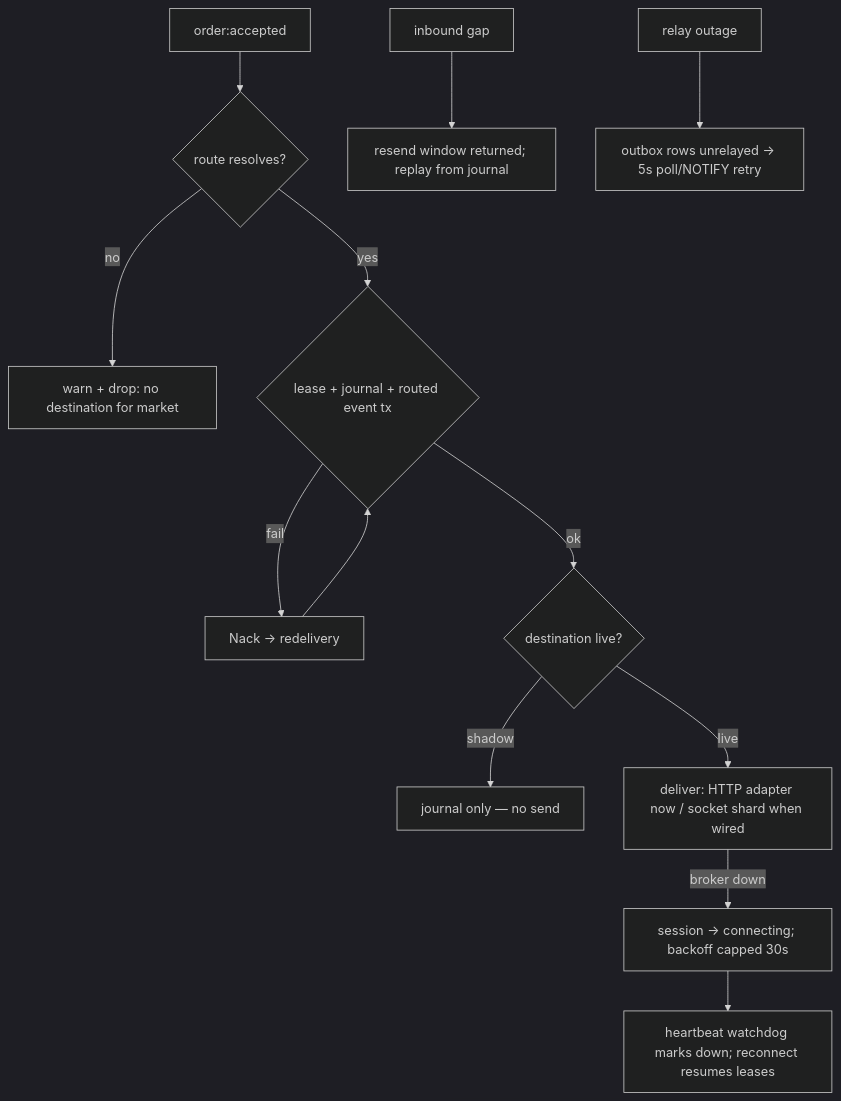
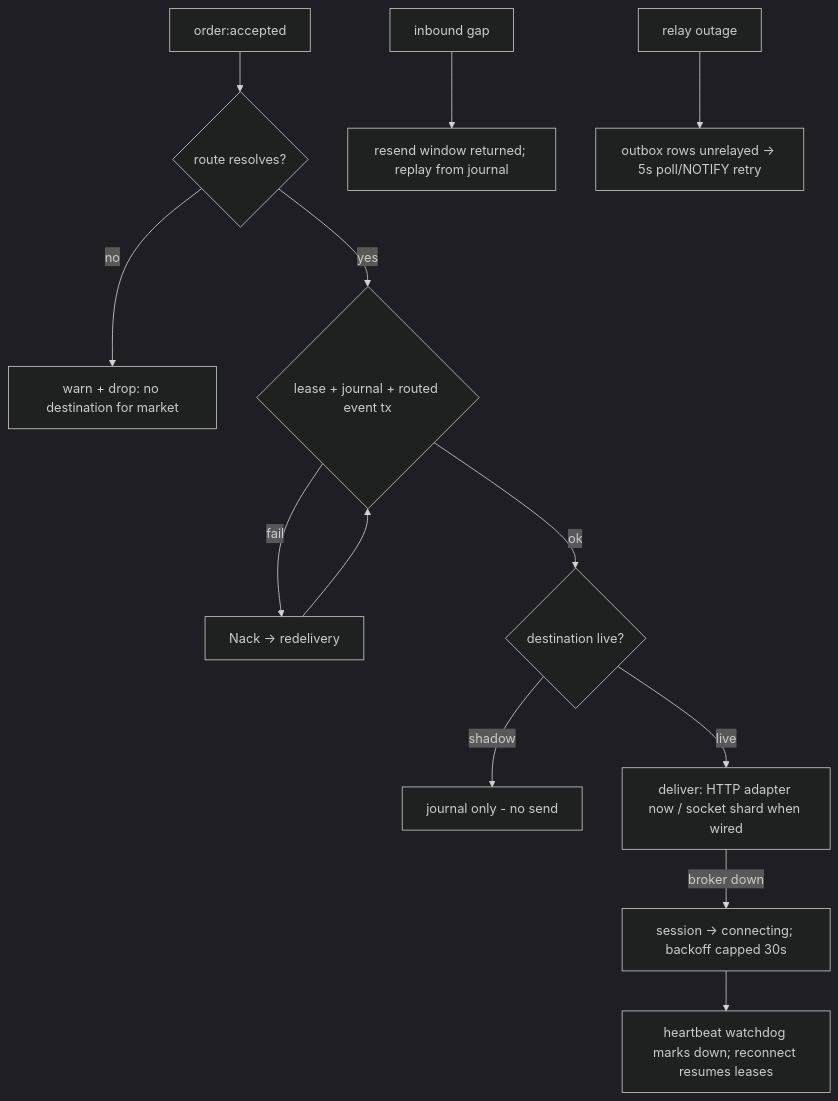
The sixth of 8 diagrams in docs/products/router/design.md (Trade8-dev/trade8-site), drawn with Mermaid (dark theme) before and after one commit. The commit also changed other lines of this file and 39 other files, not shown here.

````diff
--- a/docs/products/router/design.md
+++ b/docs/products/router/design.md
@@ -263,14 +263,14 @@
 ```mermaid
 flowchart TD
     A[order:accepted] --> B{route resolves?}
     B -- no --> X[warn + drop: no destination for market]
     B -- yes --> C{lease + journal + routed event tx}
     C -- fail --> D[Nack → redelivery] --> C
     C -- ok --> E{destination live?}
-    E -- shadow --> F[journal only — no send]
+    E -- shadow --> F[journal only - no send]
     E -- live --> G[deliver: HTTP adapter now / socket shard when wired]
     G -- broker down --> H[session → connecting; backoff capped 30s]
     H --> I[heartbeat watchdog marks down; reconnect resumes leases]
     J[inbound gap] --> K[resend window returned; replay from journal]
     L[relay outage] --> M[outbox rows unrelayed → 5s poll/NOTIFY retry]
 ```
````
